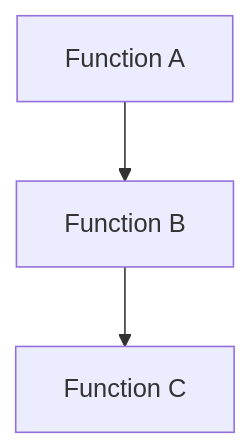
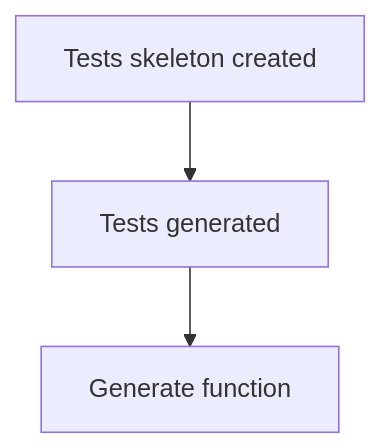
The diagram in README.md (CodyBontecou/typescript-llm4tdd-example), drawn with Mermaid before and after one commit. The commit also changed other lines of this file, not shown here.

Commit message:
mermaid diagram function names

````diff
--- a/README.md
+++ b/README.md
@@ -24,5 +21,5 @@
 ```mermaid
 graph TD
-    A[Function A] --> B[Function B]
-    B --> C[Function C]
+    A[Tests skeleton created] --> B[Tests generated]
+    B --> C[Generate function]
 ```
````
